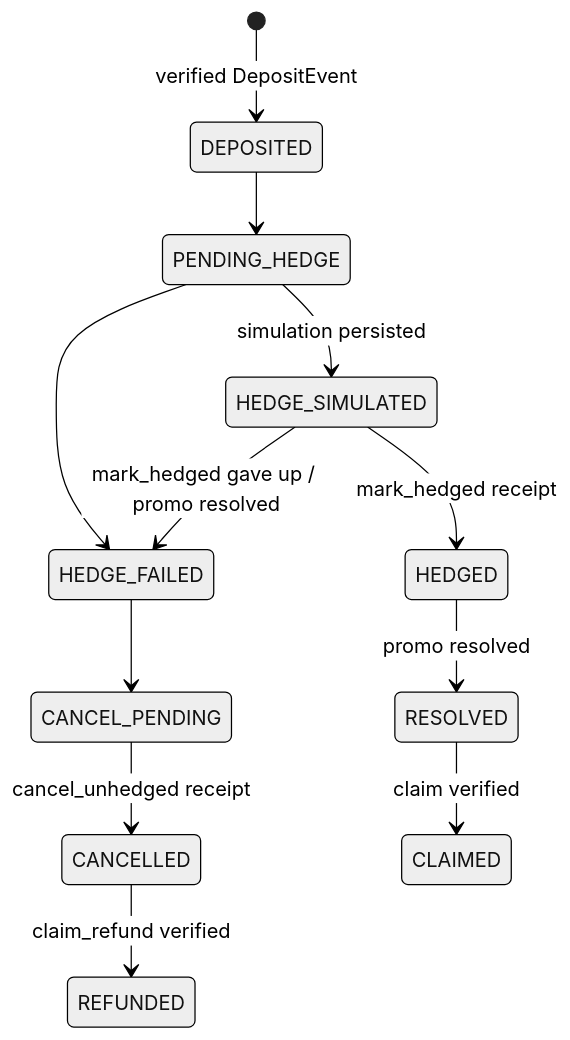
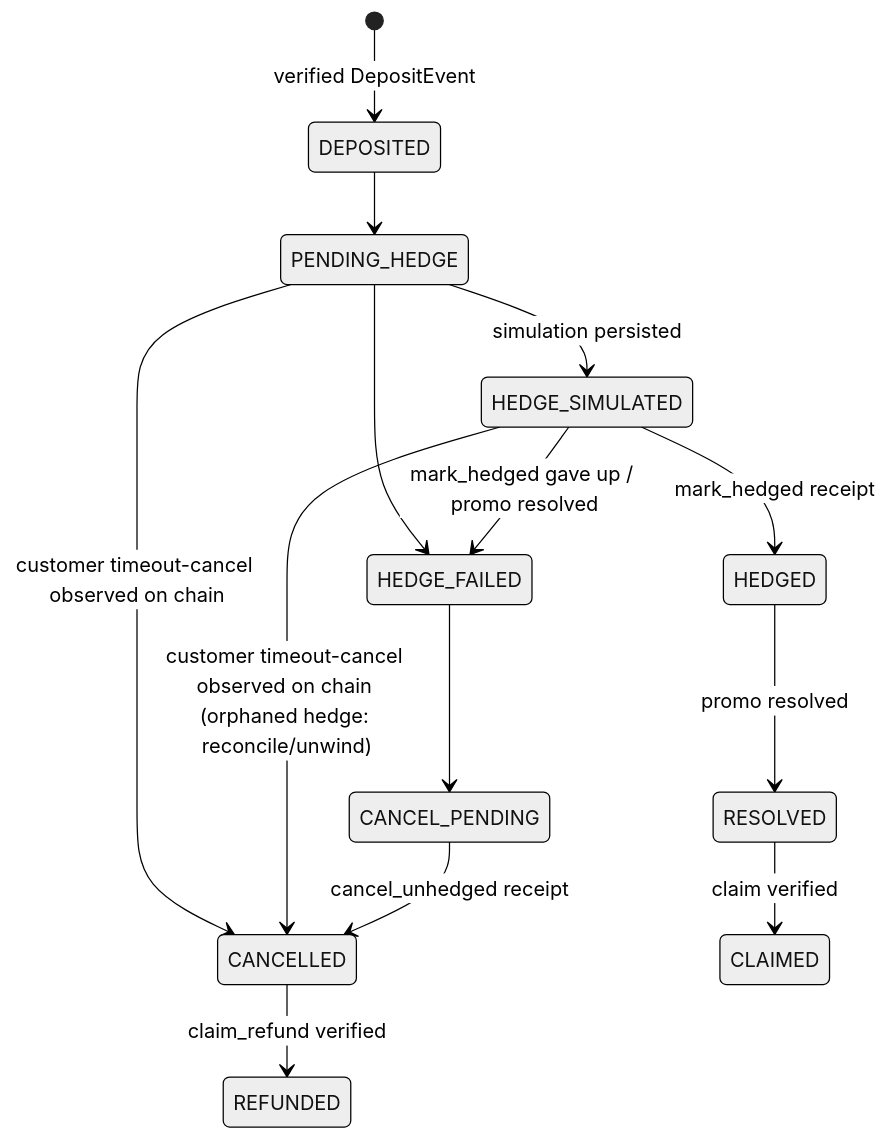
One commit to ZahinTasnin/ubc-2026 changed the fourth of 4 diagrams in docs/workflow.md. Above: the diagram before and after it, drawn with Mermaid (neutral theme). The commit also changed other lines of this file and 19 other files, not shown here.

````diff
--- a/docs/workflow.md
+++ b/docs/workflow.md
@@ -76,14 +78,16 @@
 ```mermaid
 stateDiagram-v2
   [*] --> DEPOSITED: verified DepositEvent
   DEPOSITED --> PENDING_HEDGE
   PENDING_HEDGE --> HEDGE_SIMULATED: simulation persisted
   PENDING_HEDGE --> HEDGE_FAILED
   HEDGE_SIMULATED --> HEDGED: mark_hedged receipt
   HEDGE_SIMULATED --> HEDGE_FAILED: mark_hedged gave up / promo resolved
+  PENDING_HEDGE --> CANCELLED: customer timeout-cancel observed on chain
+  HEDGE_SIMULATED --> CANCELLED: customer timeout-cancel observed on chain (orphaned hedge: reconcile/unwind)
   HEDGE_FAILED --> CANCEL_PENDING
   CANCEL_PENDING --> CANCELLED: cancel_unhedged receipt
   CANCELLED --> REFUNDED: claim_refund verified
   HEDGED --> RESOLVED: promo resolved
   RESOLVED --> CLAIMED: claim verified
 ```
````
